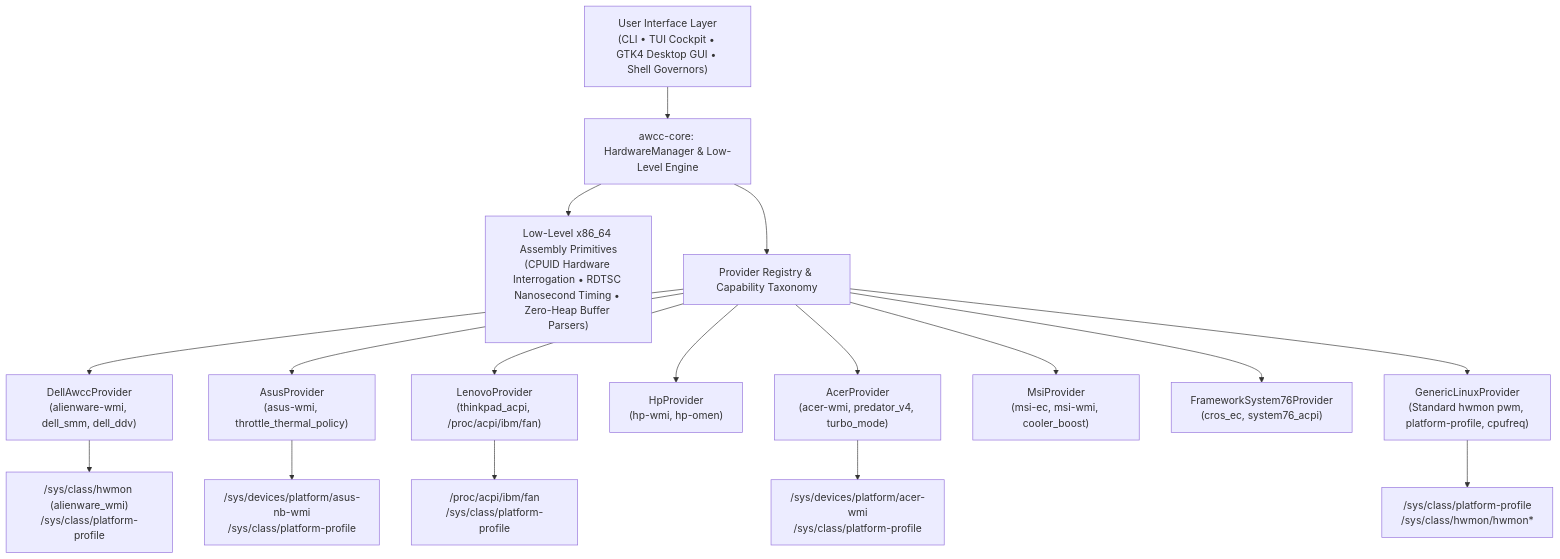
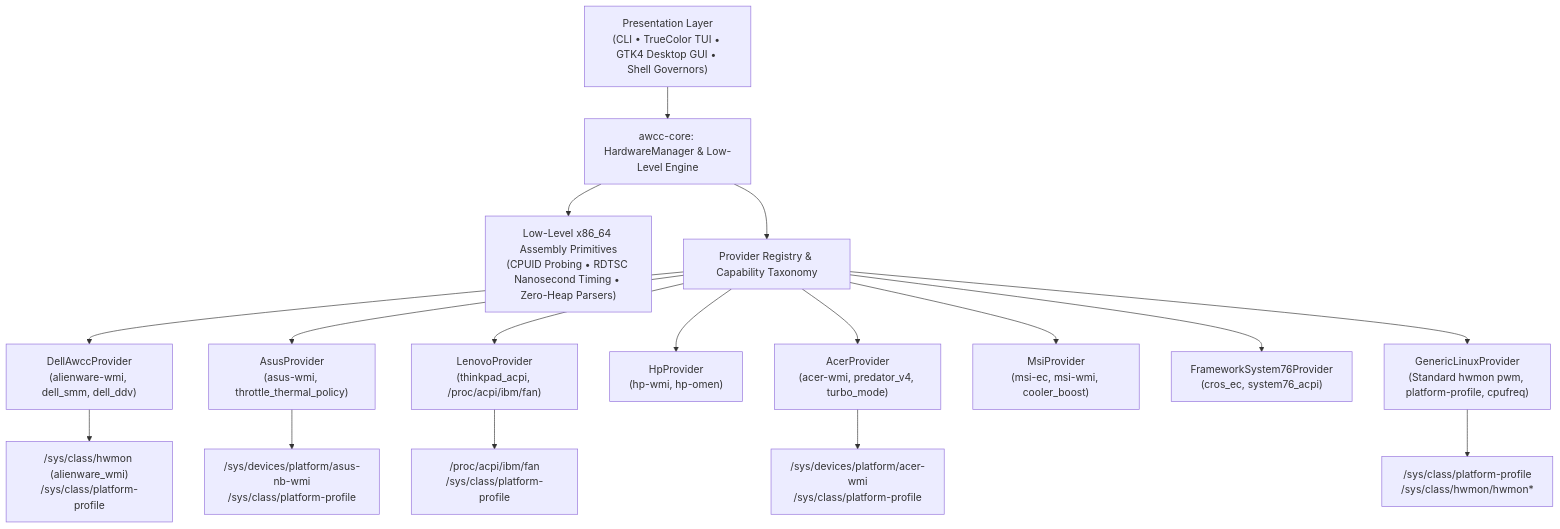
Before and after one commit to Monkey0-9/Awcc: the diagram in README.md, drawn with Mermaid. The commit also changed other lines of this file and 2 other files, not shown here.

````diff
--- a/README.md
+++ b/README.md
@@ -11,23 +144,23 @@
 ```mermaid
 flowchart TD
-    User["User Interface Layer\n(CLI • TUI Cockpit • GTK4 Desktop GUI • Shell Governors)"]
+    User["Presentation Layer\n(CLI • TrueColor TUI • GTK4 Desktop GUI • Shell Governors)"]
     User --> HardwareManager["awcc-core: HardwareManager & Low-Level Engine"]
     
-    HardwareManager --> LowLevel["Low-Level x86_64 Assembly Primitives\n(CPUID Hardware Interrogation • RDTSC Nanosecond Timing • Zero-Heap Buffer Parsers)"]
+    HardwareManager --> LowLevel["Low-Level x86_64 Assembly Primitives\n(CPUID Probing • RDTSC Nanosecond Timing • Zero-Heap Parsers)"]
     HardwareManager --> Registry["Provider Registry & Capability Taxonomy"]
     
     Registry --> DellProv["DellAwccProvider\n(alienware-wmi, dell_smm, dell_ddv)"]
     Registry --> AsusProv["AsusProvider\n(asus-wmi, throttle_thermal_policy)"]
     Registry --> LenovoProv["LenovoProvider\n(thinkpad_acpi, /proc/acpi/ibm/fan)"]
     Registry --> HpProv["HpProvider\n(hp-wmi, hp-omen)"]
     Registry --> AcerProv["AcerProvider\n(acer-wmi, predator_v4, turbo_mode)"]
     Registry --> MsiProv["MsiProvider\n(msi-ec, msi-wmi, cooler_boost)"]
     Registry --> FrameworkProv["FrameworkSystem76Provider\n(cros_ec, system76_acpi)"]
     Registry --> GenericProv["GenericLinuxProvider\n(Standard hwmon pwm, platform-profile, cpufreq)"]
     
     DellProv --> Sysfs1["/sys/class/hwmon (alienware_wmi)\n/sys/class/platform-profile"]
     AsusProv --> Sysfs2["/sys/devices/platform/asus-nb-wmi\n/sys/class/platform-profile"]
     LenovoProv --> Sysfs3["/proc/acpi/ibm/fan\n/sys/class/platform-profile"]
     AcerProv --> Sysfs4["/sys/devices/platform/acer-wmi\n/sys/class/platform-profile"]
     GenericProv --> Sysfs5["/sys/class/platform-profile\n/sys/class/hwmon/hwmon*"]
 ```
````
